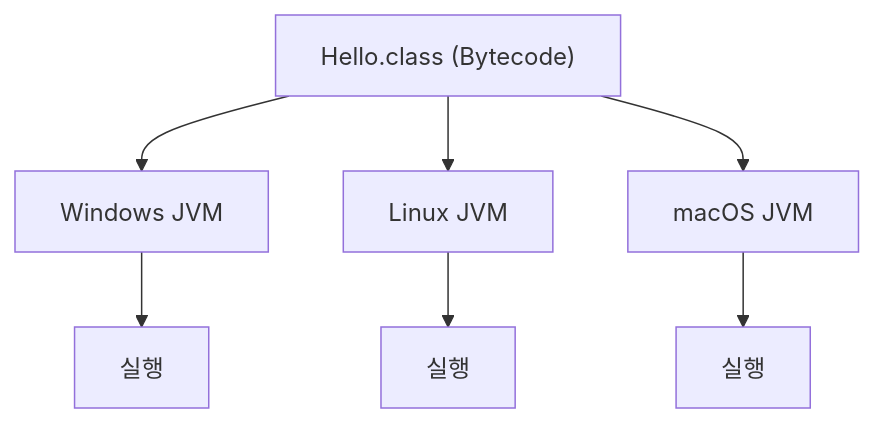
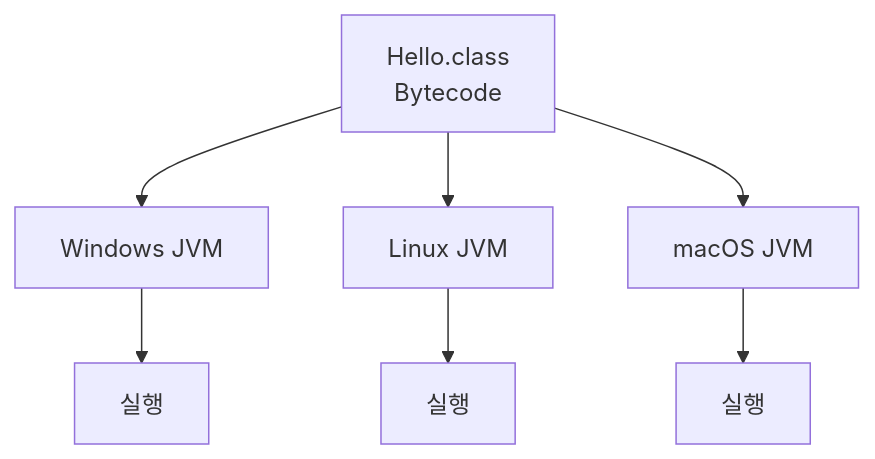
Before and after one commit to SangCheonP/Tech-Interview: the diagram in Language/Java/JVM/01. Java 실행 과정.md, drawn with Mermaid.

Commit message:
docs: center multiline JVM diagram labels

````diff
--- a/Language/Java/JVM/01. Java 실행 과정.md
+++ b/Language/Java/JVM/01. Java 실행 과정.md
@@ -63,10 +63,10 @@
 ```mermaid
 flowchart TB
-    bytecode["Hello.class (Bytecode)"]
+    bytecode["Hello.class<br/>Bytecode"]
     bytecode --> windows["Windows JVM"]
     bytecode --> linux["Linux JVM"]
     bytecode --> macos["macOS JVM"]
     windows --> runWindows["실행"]
     linux --> runLinux["실행"]
     macos --> runMacos["실행"]
 ```
````
